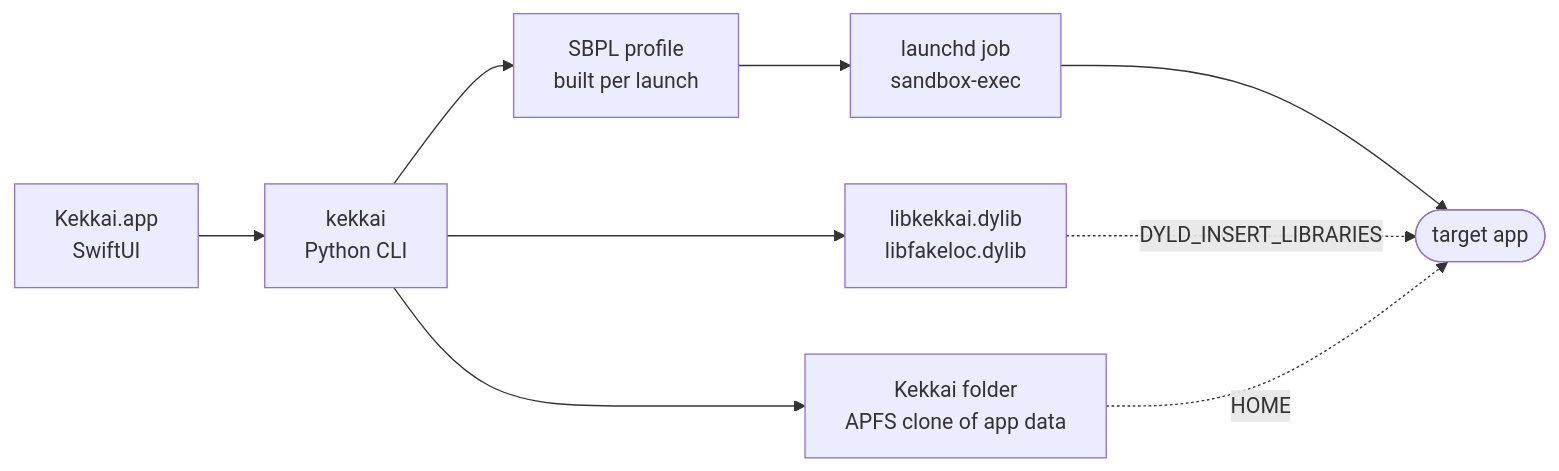
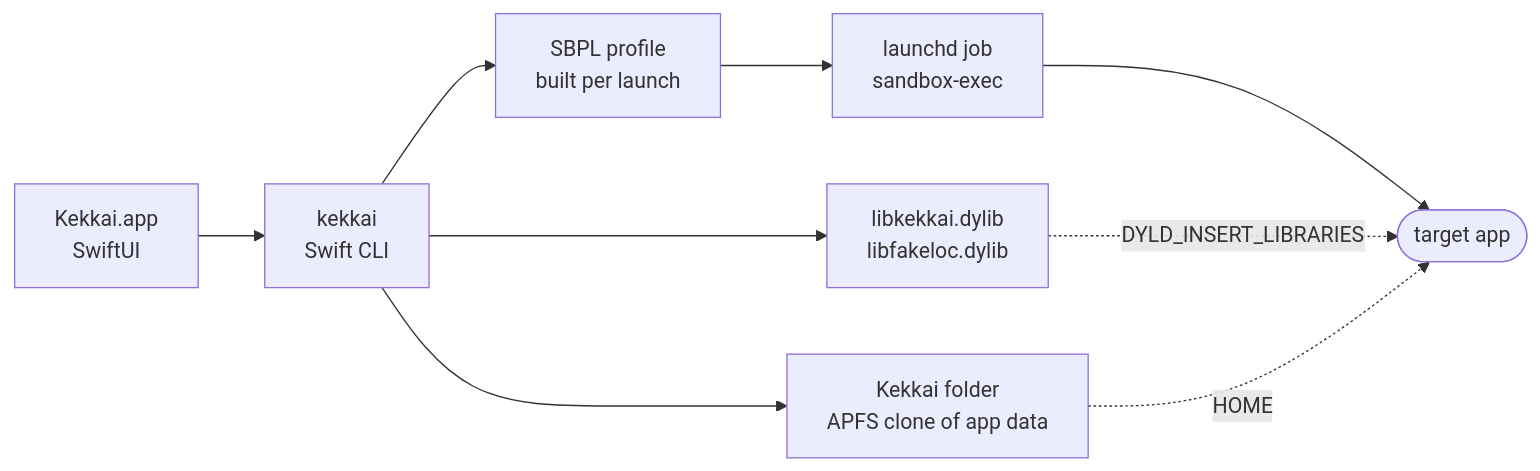
The diagram in README.md (WJSGZZ/Kekkai), drawn with Mermaid before and after one commit. The commit also changed other lines of this file and 11 other files, not shown here.

````diff
--- a/README.md
+++ b/README.md
@@ -42,11 +73,11 @@
 ```mermaid
 flowchart LR
-    UI["Kekkai.app<br/>SwiftUI"] --> CLI["kekkai<br/>Python CLI"]
+    UI["Kekkai.app<br/>SwiftUI"] --> CLI["kekkai<br/>Swift CLI"]
     CLI --> SBPL["SBPL profile<br/>built per launch"]
     CLI --> SPACE["Kekkai folder<br/>APFS clone of app data"]
     CLI --> LIB["libkekkai.dylib<br/>libfakeloc.dylib"]
     SBPL --> SE["launchd job<br/>sandbox-exec"]
     SE --> APP(["target app"])
     LIB -.->|DYLD_INSERT_LIBRARIES| APP
     SPACE -.->|HOME| APP
 ```
````
